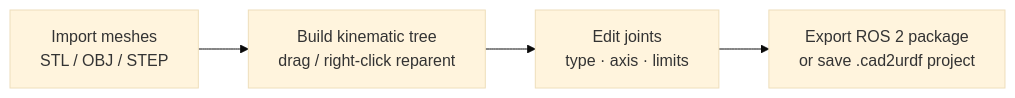
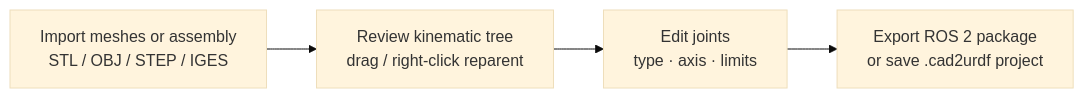
One commit to boelnasr/CAD_TO_URDF changed the second of 11 diagrams in README.md. Above: the diagram before and after it, drawn with Mermaid (base theme). The commit also changed other lines of this file and 8 other files, not shown here.

````diff
--- a/README.md
+++ b/README.md
@@ -208,6 +213,6 @@
 ```mermaid
 flowchart LR
-    IMP[Import meshes<br/>STL / OBJ / STEP] --> TREE[Build kinematic tree<br/>drag / right-click reparent]
+    IMP[Import meshes or assembly<br/>STL / OBJ / STEP / IGES] --> TREE[Review kinematic tree<br/>drag / right-click reparent]
     TREE --> JOINT[Edit joints<br/>type · axis · limits]
     JOINT --> EXP[Export ROS 2 package<br/>or save .cad2urdf project]
 ```
````
